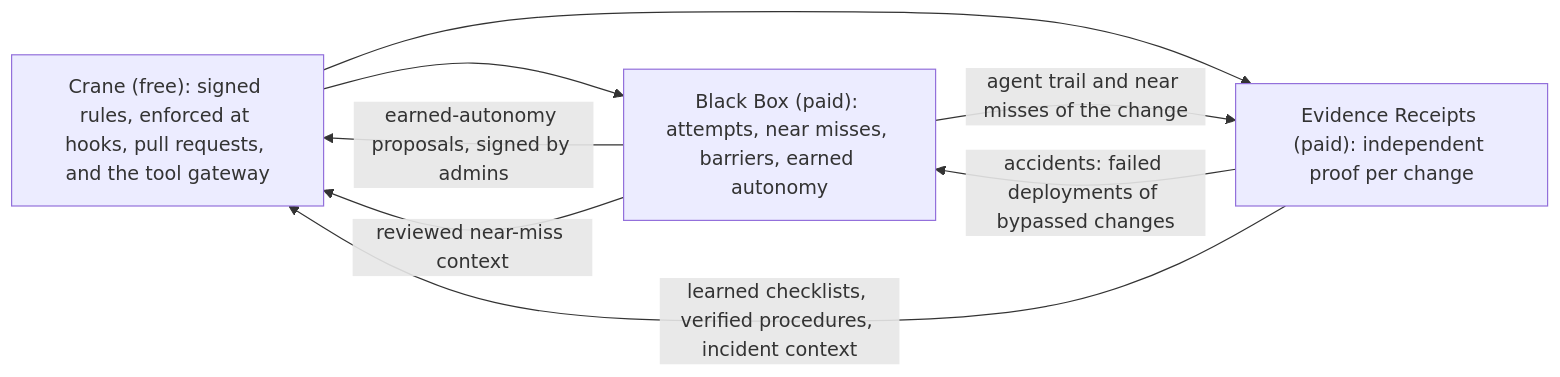
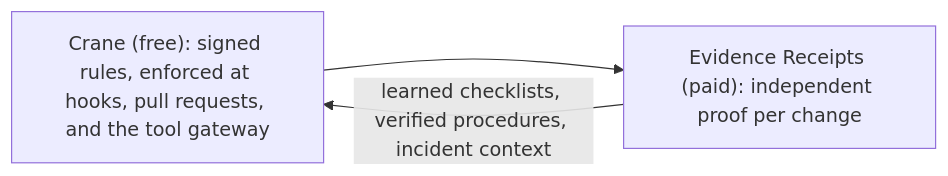
The diagram in docs/products/strategy.md (Landscape-Of-Agents/Landscape), drawn with Mermaid before and after one commit. The commit also changed other lines of this file and 38 other files, not shown here.

````diff
--- a/docs/products/strategy.md
+++ b/docs/products/strategy.md
@@ -376,10 +276,5 @@
 ```mermaid
 flowchart LR
-  C["Crane (free): signed rules, enforced at hooks, pull requests, and the tool gateway"] --> B["Black Box (paid): attempts, near misses, barriers, earned autonomy"]
-  C --> R["Evidence Receipts (paid): independent proof per change"]
-  B -->|"agent trail and near misses of the change"| R
-  R -->|"accidents: failed deployments of bypassed changes"| B
-  B -->|"earned-autonomy proposals, signed by admins"| C
-  B -->|"reviewed near-miss context"| C
+  C["Crane (free): signed rules, enforced at hooks, pull requests, and the tool gateway"] --> R["Evidence Receipts (paid): independent proof per change"]
   R -->|"learned checklists, verified procedures, incident context"| C
 ```
````
